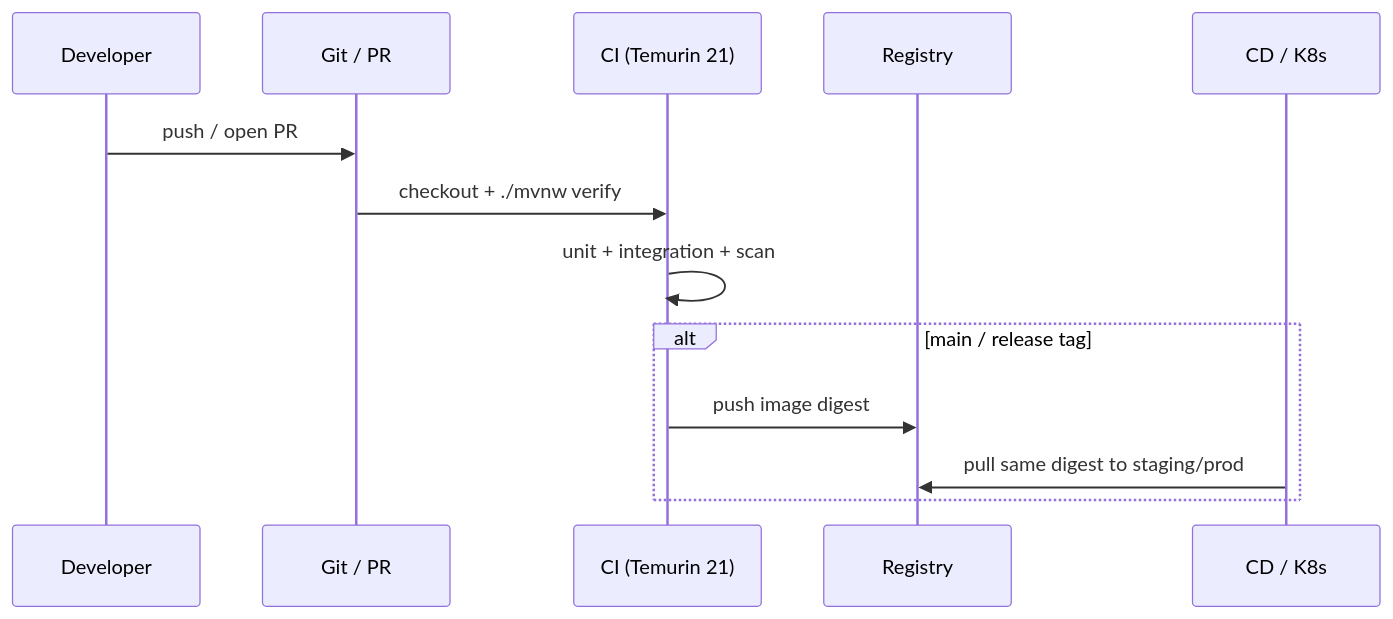
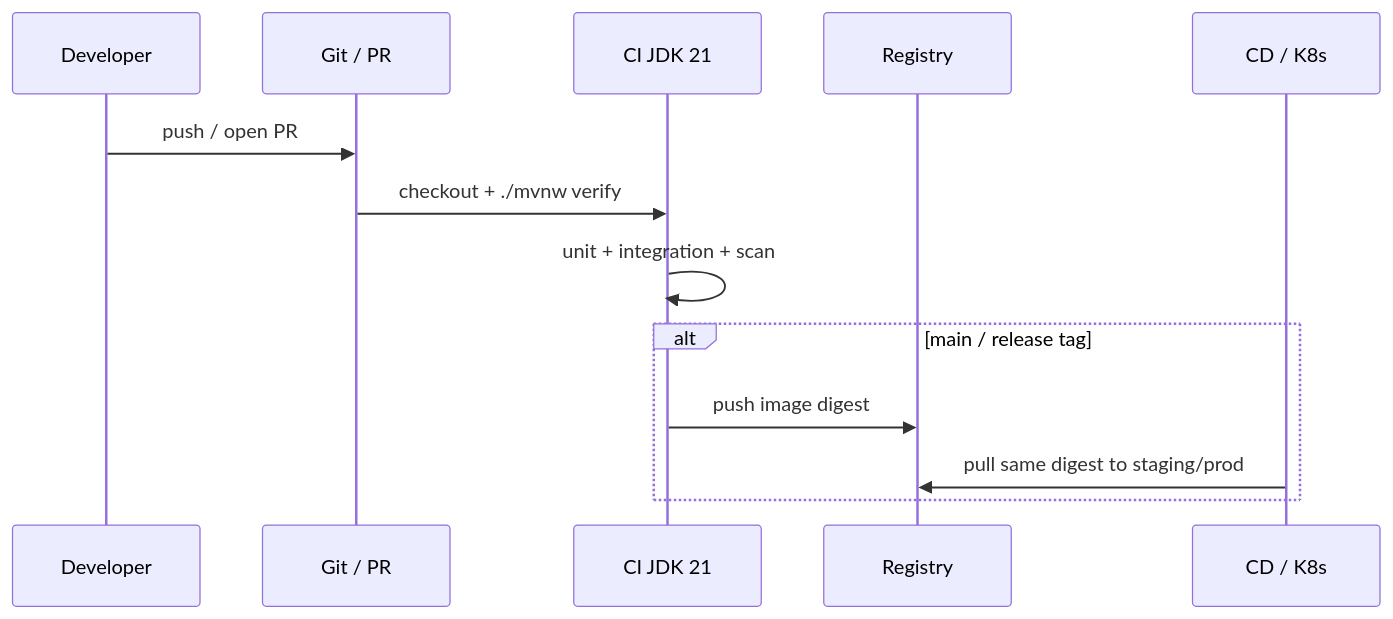
Before and after one commit to lostfromlight1/java-handbook: the second of 2 diagrams in 48-devops-and-deployment/02-ci-cd.md, drawn with Mermaid. The commit also changed other lines of this file and 4 other files, not shown here.

````diff
--- a/48-devops-and-deployment/02-ci-cd.md
+++ b/48-devops-and-deployment/02-ci-cd.md
@@ -86,15 +94,15 @@
 ```mermaid
 sequenceDiagram
   participant Dev as Developer
   participant VCS as Git / PR
-  participant CI as CI (Temurin 21)
+  participant CI as CI JDK 21
   participant Reg as Registry
   participant CD as CD / K8s
   Dev->>VCS: push / open PR
   VCS->>CI: checkout + ./mvnw verify
   CI->>CI: unit + integration + scan
   alt main / release tag
     CI->>Reg: push image digest
     CD->>Reg: pull same digest to staging/prod
   end
 ```
````
